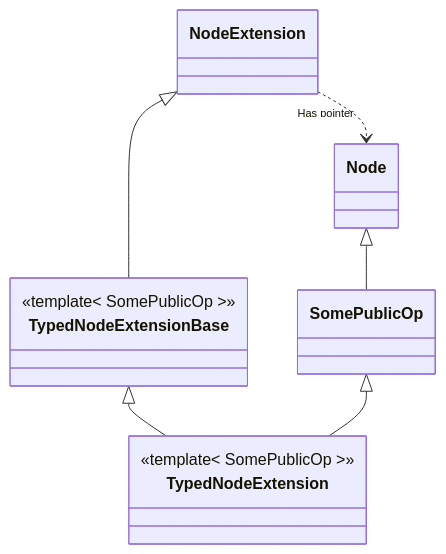
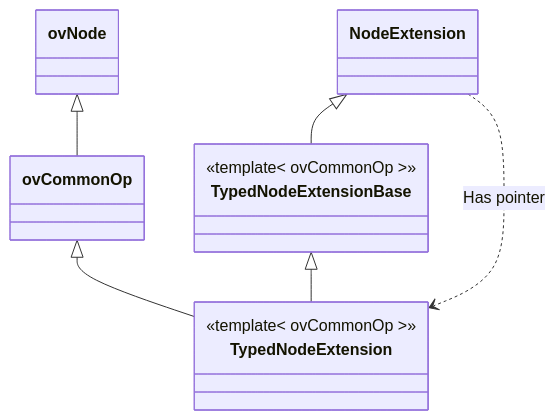
One commit to z71258847/openvino_sycl_poc changed the first of 2 diagrams in src/plugins/one_plugin/docs/arch.md. Above: the diagram before and after it, drawn with Mermaid. The commit also changed other lines of this file and 10 other files, not shown here.

````diff
--- a/src/plugins/one_plugin/docs/arch.md
+++ b/src/plugins/one_plugin/docs/arch.md
@@ -1,19 +1,19 @@
 ```mermaid
 classDiagram
-    class Node
+    class ovNode
     class NodeExtension
     class TypedNodeExtensionBase {
-        <<template< SomePublicOp >>>
+        <<template< ovCommonOp >>>
     }
     class TypedNodeExtension {
-        <<template< SomePublicOp >>>
+        <<template< ovCommonOp >>>
     }
 
-    class SomePublicOp
+    class ovCommonOp
 
-    Node <|-- SomePublicOp
+    ovNode <|-- ovCommonOp
     NodeExtension <|-- TypedNodeExtensionBase
     TypedNodeExtensionBase <|-- TypedNodeExtension
-    SomePublicOp <|-- TypedNodeExtension
-    NodeExtension  "Has pointer" ..>  Node
+    ovCommonOp <|-- TypedNodeExtension
+    NodeExtension  ..>  TypedNodeExtension : Has pointer
 ```
````
